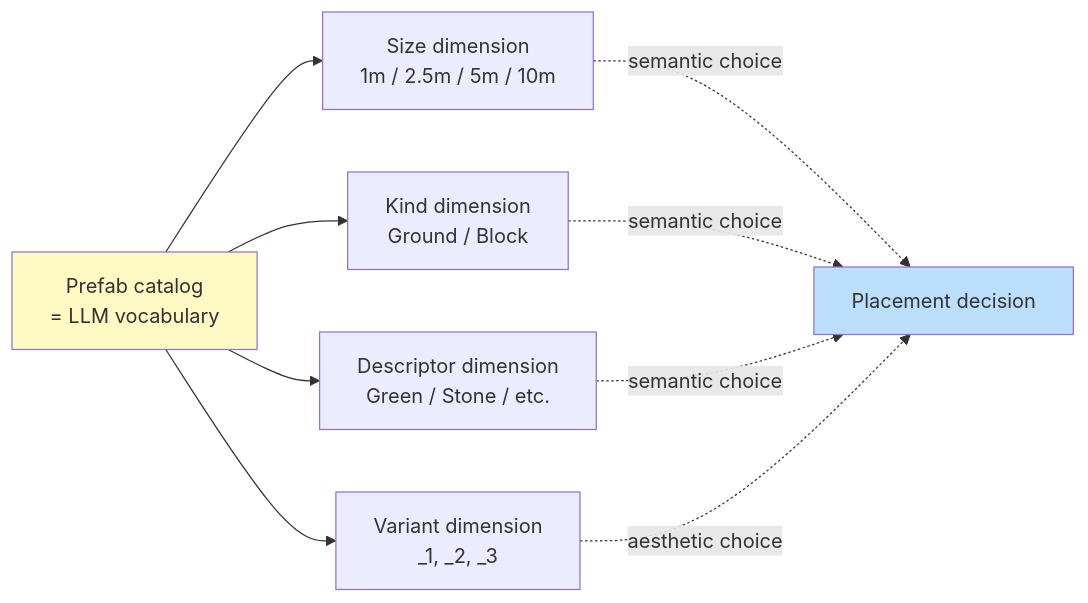
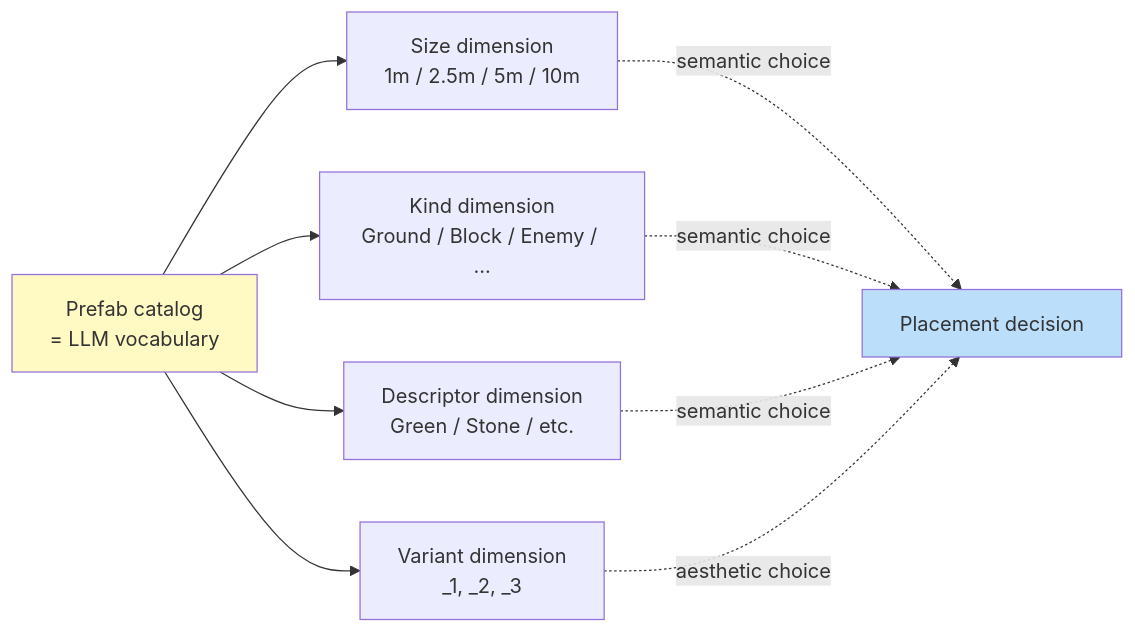
One commit to hiroxpepe/briko changed diagram 17 of 39 in docs/briko_spec.md. Above: the diagram before and after it, drawn with Mermaid. The commit also changed other lines of this file and 25 other files, not shown here.

````diff
--- a/docs/briko_spec.md
+++ b/docs/briko_spec.md
@@ -558,17 +555,17 @@
 ```mermaid
 graph LR
     Catalog["Prefab catalog<br/>= LLM vocabulary"]
 
     Catalog --> S1[Size dimension<br/>1m / 2.5m / 5m / 10m]
-    Catalog --> S2[Kind dimension<br/>Ground / Block]
+    Catalog --> S2[Kind dimension<br/>Ground / Block / Enemy / ...]
     Catalog --> S3[Descriptor dimension<br/>Green / Stone / etc.]
     Catalog --> S4[Variant dimension<br/>_1, _2, _3]
 
     S1 -.semantic choice.-> Sel[Placement decision]
     S2 -.semantic choice.-> Sel
     S3 -.semantic choice.-> Sel
     S4 -.aesthetic choice.-> Sel
 
     style Catalog fill:#fff9c4
     style Sel fill:#bbdefb
 ```
````
